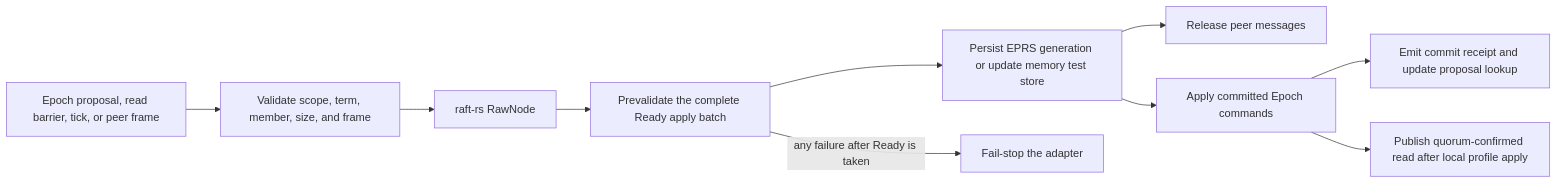
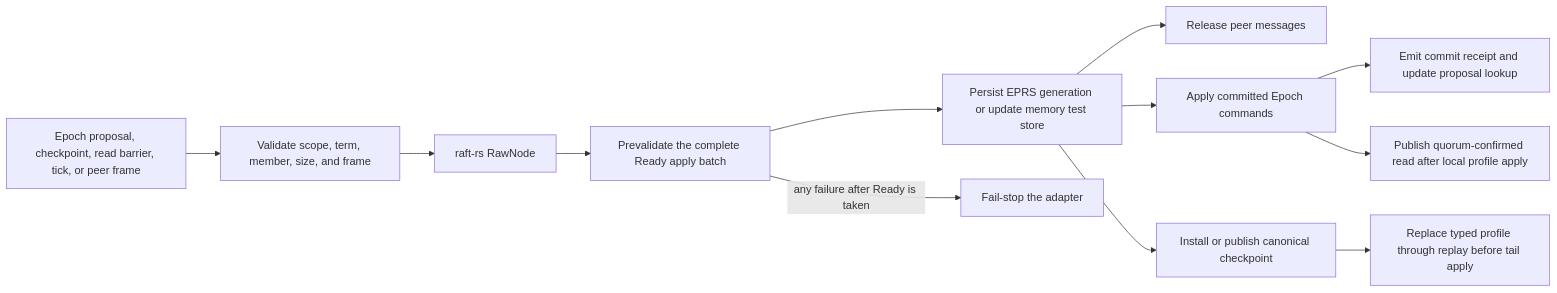
One commit to Ripan-Roy/epoch changed the diagram in docs/CONSENSUS_SPIKE.md. Above: the diagram before and after it, drawn with Mermaid. The commit also changed other lines of this file and 30 other files, not shown here.

````diff
--- a/docs/CONSENSUS_SPIKE.md
+++ b/docs/CONSENSUS_SPIKE.md
@@ -107,12 +112,14 @@
 ```mermaid
 flowchart LR
-    Input["Epoch proposal, read barrier, tick, or peer frame"] --> Validate["Validate scope, term, member, size, and frame"]
+    Input["Epoch proposal, checkpoint, read barrier, tick, or peer frame"] --> Validate["Validate scope, term, member, size, and frame"]
     Validate --> Raft["raft-rs RawNode"]
     Raft --> Ready["Prevalidate the complete Ready apply batch"]
     Ready --> Store["Persist EPRS generation or update memory test store"]
     Store --> Messages["Release peer messages"]
     Store --> Apply["Apply committed Epoch commands"]
+    Store --> Snapshot["Install or publish canonical checkpoint"]
+    Snapshot --> Replay["Replace typed profile through replay before tail apply"]
     Apply --> Receipt["Emit commit receipt and update proposal lookup"]
     Apply --> Barrier["Publish quorum-confirmed read after local profile apply"]
     Ready -->|any failure after Ready is taken| Stop["Fail-stop the adapter"]
 ```
````
